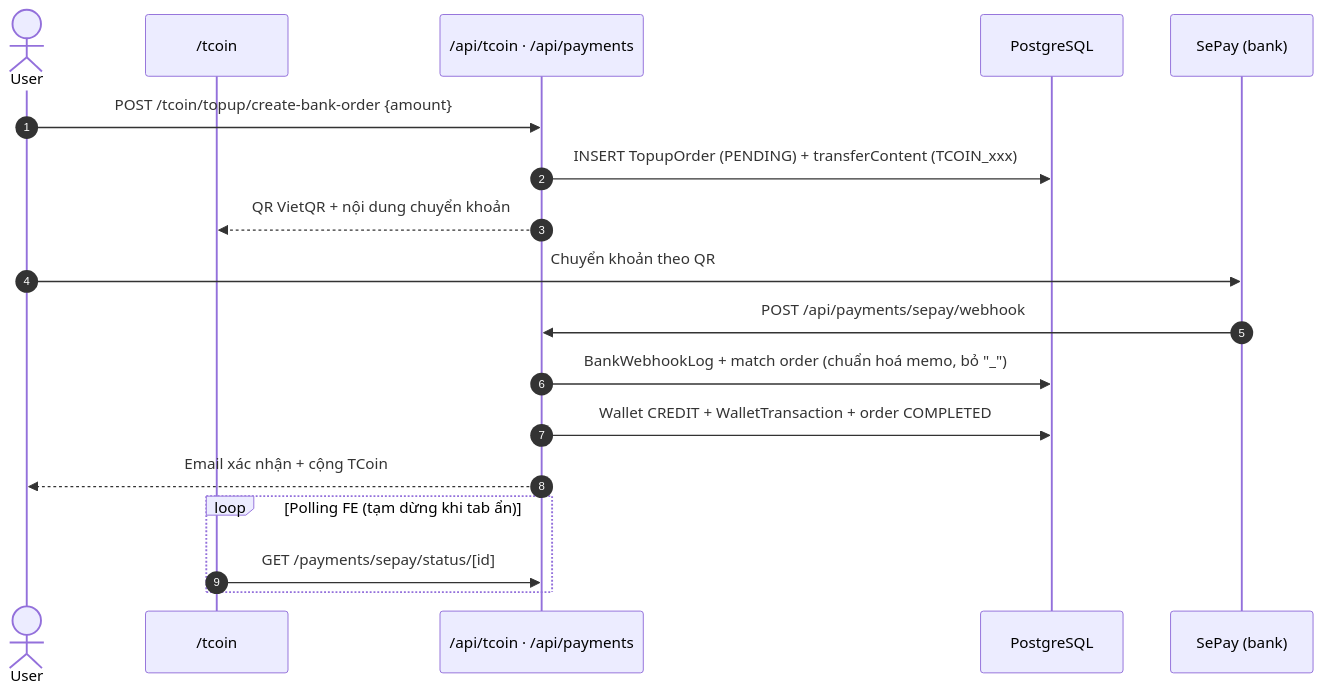
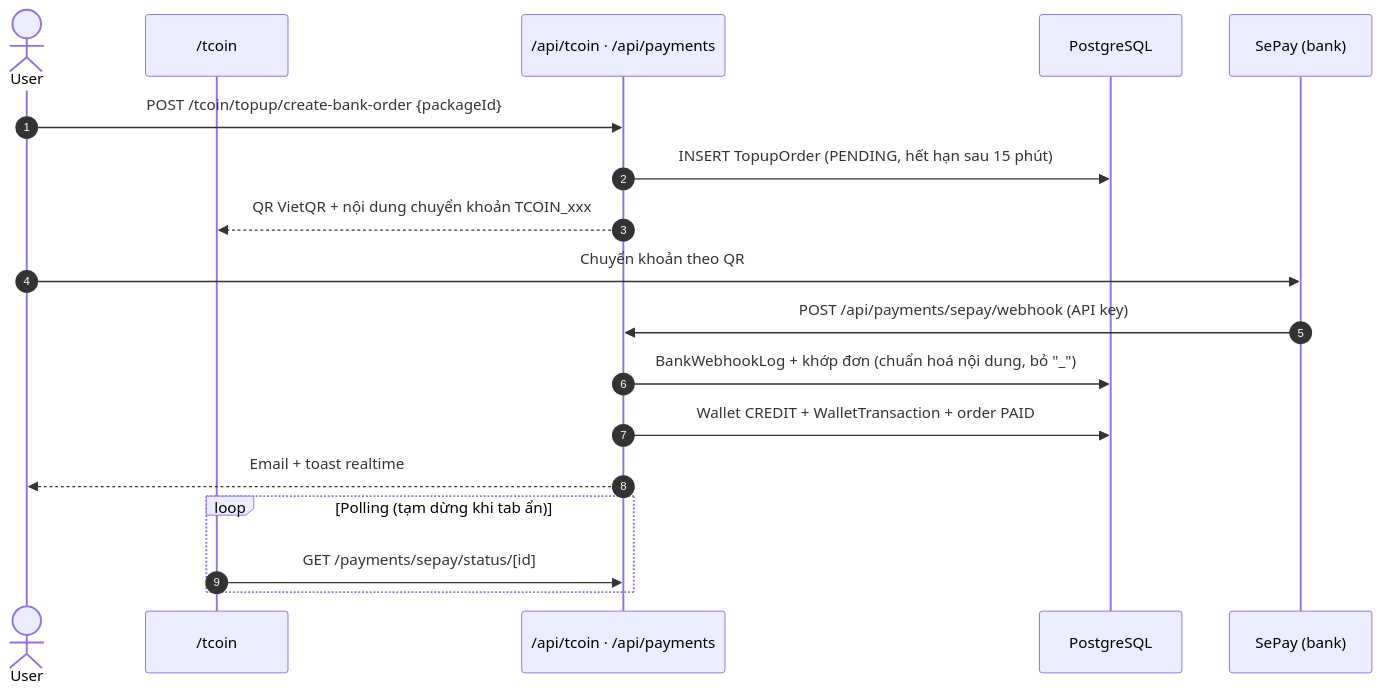
Before and after one commit to Terence-0310/TERENCE: the tenth of 10 diagrams in README.md, drawn with Mermaid. The commit also changed other lines of this file and 191 other files, not shown here.

````diff
--- a/README.md
+++ b/README.md
@@ -823,21 +849,21 @@
 ```mermaid
 sequenceDiagram
     autonumber
     actor U as User
     participant FE as /tcoin
     participant API as /api/tcoin · /api/payments
     participant DB as PostgreSQL
     participant SP as SePay (bank)
 
-    U->>API: POST /tcoin/topup/create-bank-order {amount}
-    API->>DB: INSERT TopupOrder (PENDING) + transferContent (TCOIN_xxx)
-    API-->>FE: QR VietQR + nội dung chuyển khoản
+    U->>API: POST /tcoin/topup/create-bank-order {packageId}
+    API->>DB: INSERT TopupOrder (PENDING, hết hạn sau 15 phút)
+    API-->>FE: QR VietQR + nội dung chuyển khoản TCOIN_xxx
     U->>SP: Chuyển khoản theo QR
-    SP->>API: POST /api/payments/sepay/webhook
-    API->>DB: BankWebhookLog + match order (chuẩn hoá memo, bỏ "_")
-    API->>DB: Wallet CREDIT + WalletTransaction + order COMPLETED
-    API-->>U: Email xác nhận + cộng TCoin
-    loop Polling FE (tạm dừng khi tab ẩn)
+    SP->>API: POST /api/payments/sepay/webhook (API key)
+    API->>DB: BankWebhookLog + khớp đơn (chuẩn hoá nội dung, bỏ "_")
+    API->>DB: Wallet CREDIT + WalletTransaction + order PAID
+    API-->>U: Email + toast realtime
+    loop Polling (tạm dừng khi tab ẩn)
         FE->>API: GET /payments/sepay/status/[id]
     end
 ```
````
